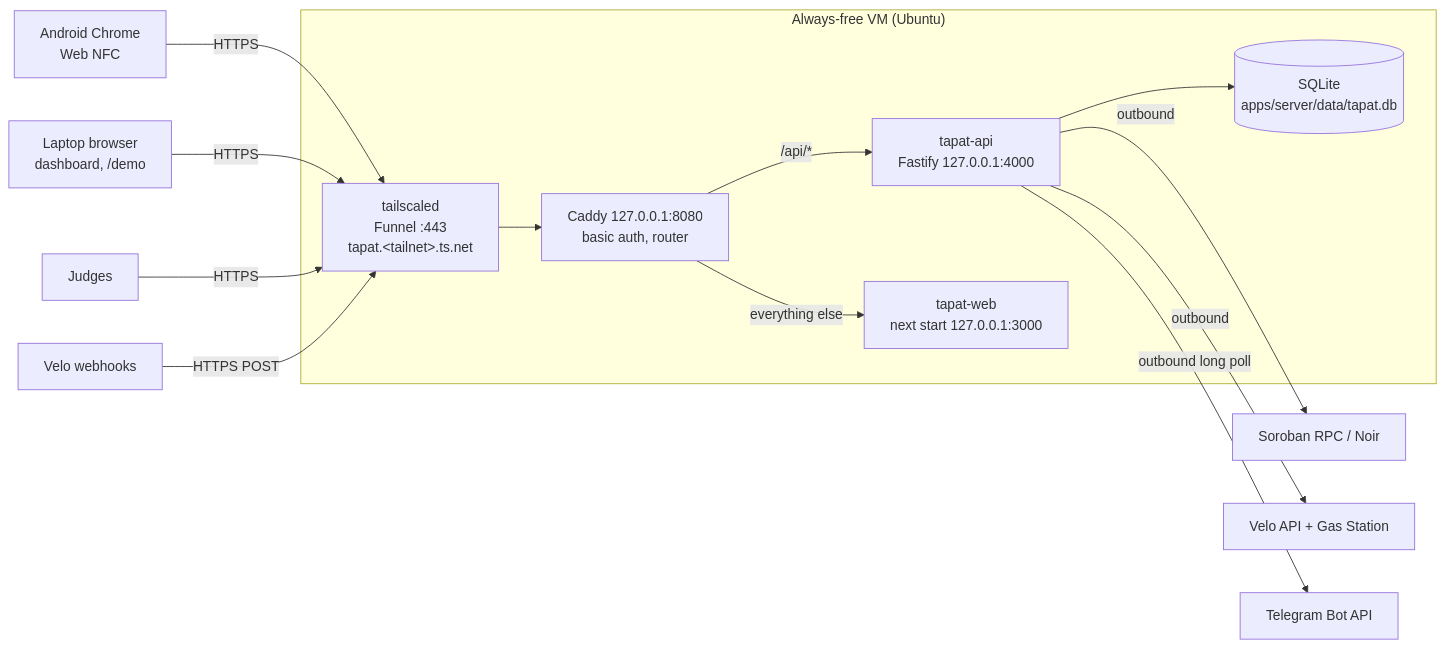
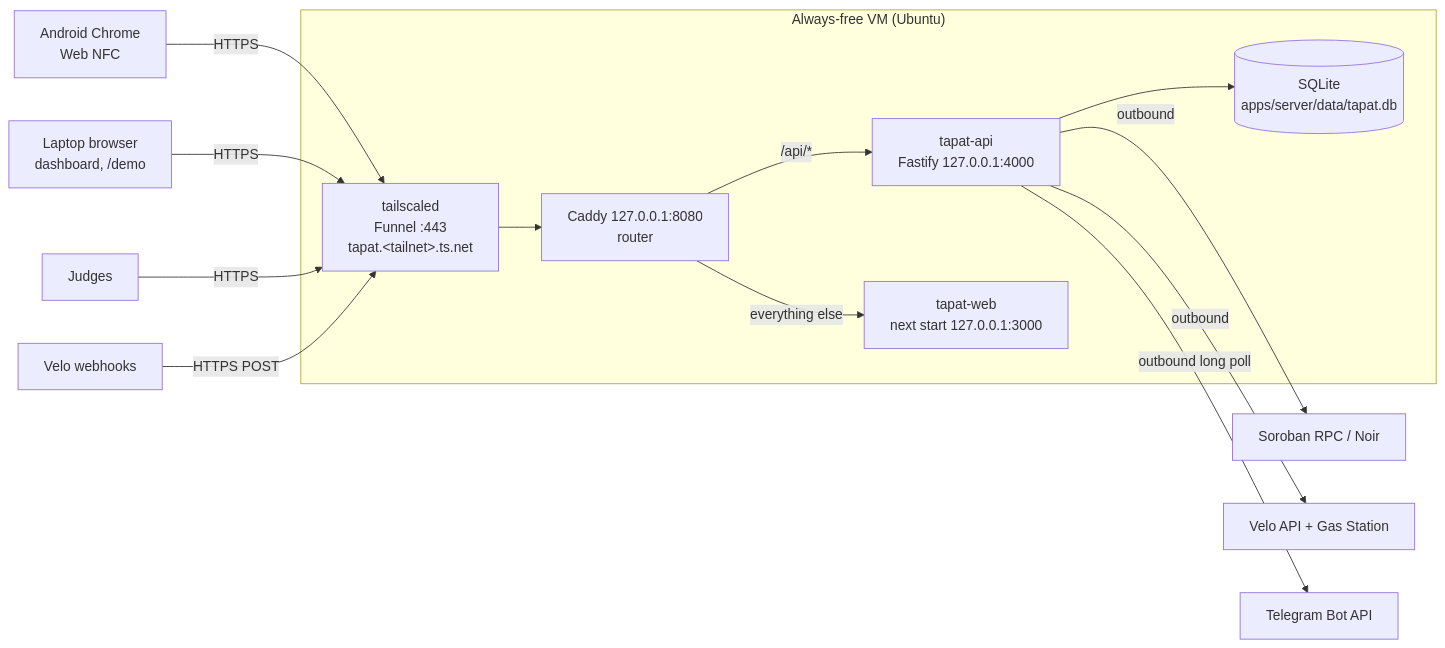
Before and after one commit to Jimuelle07/TAPat: the diagram in docs/deployment.md, drawn with Mermaid. The commit also changed other lines of this file and 15 other files, not shown here.

Commit message:
feat: API enforces officer session on writes and beneficiary reads; drop Caddy basic auth

````diff
--- a/docs/deployment.md
+++ b/docs/deployment.md
@@ -47,18 +47,18 @@
 ```mermaid
 flowchart LR
     Phone["Android Chrome<br/>Web NFC"] -->|HTTPS| Funnel
     Laptop["Laptop browser<br/>dashboard, /demo"] -->|HTTPS| Funnel
     Judges["Judges"] -->|HTTPS| Funnel
     Velo["Velo webhooks"] -->|HTTPS POST| Funnel
 
     subgraph VM["Always-free VM (Ubuntu)"]
-        Funnel["tailscaled<br/>Funnel :443<br/>tapat.&lt;tailnet&gt;.ts.net"] --> Caddy["Caddy 127.0.0.1:8080<br/>basic auth, router"]
+        Funnel["tailscaled<br/>Funnel :443<br/>tapat.&lt;tailnet&gt;.ts.net"] --> Caddy["Caddy 127.0.0.1:8080<br/>router"]
         Caddy -->|"/api/*"| API["tapat-api<br/>Fastify 127.0.0.1:4000"]
         Caddy -->|"everything else"| Web["tapat-web<br/>next start 127.0.0.1:3000"]
         API --> DB[("SQLite<br/>apps/server/data/tapat.db")]
     end
 
     API -->|outbound| RPC["Soroban RPC / Noir"]
     API -->|outbound| VeloAPI["Velo API + Gas Station"]
     API -->|"outbound long poll"| TG["Telegram Bot API"]
 ```
````
